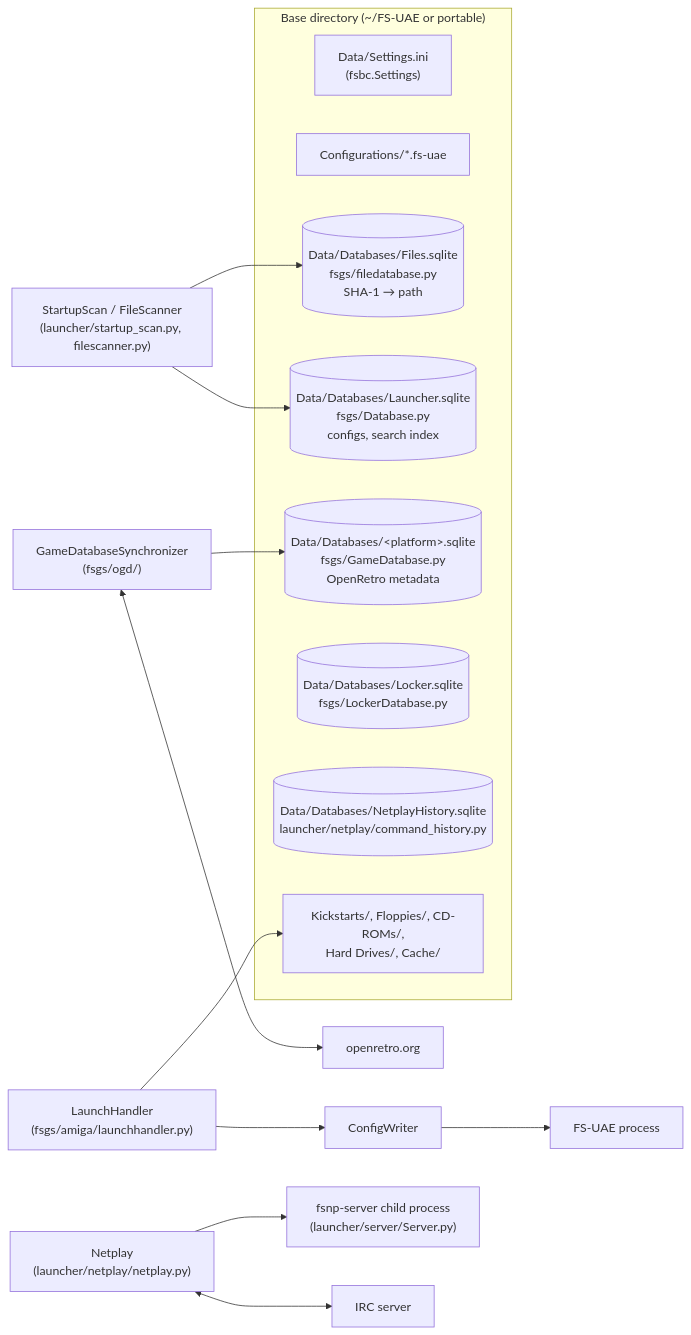
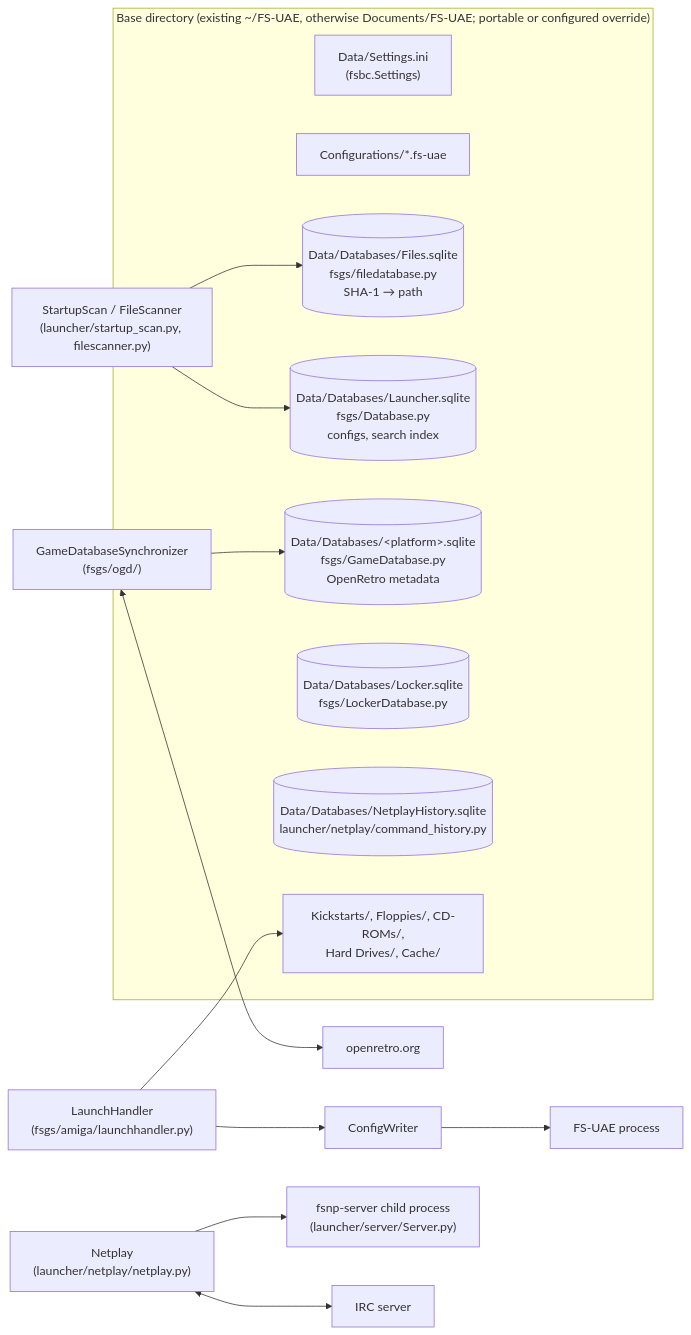
Before and after one commit to pdabel/fs-uae-launcher: the fifth of 5 diagrams in docs/architecture.md, drawn with Mermaid. The commit also changed other lines of this file, not shown here.

Commit message:
Correct architecture boundaries, startup order and test coverage

````diff
--- a/docs/architecture.md
+++ b/docs/architecture.md
@@ -161,23 +170,23 @@
 ```mermaid
 flowchart LR
-    subgraph basedir["Base directory (~/FS-UAE or portable)"]
+    subgraph basedir["Base directory (existing ~/FS-UAE, otherwise Documents/FS-UAE; portable or configured override)"]
         conf["Data/Settings.ini<br/>(fsbc.Settings)"]
         cfg["Configurations/*.fs-uae"]
         db1[("Data/Databases/Launcher.sqlite<br/>fsgs/Database.py<br/>configs, search index")]
         db2[("Data/Databases/&lt;platform&gt;.sqlite<br/>fsgs/GameDatabase.py<br/>OpenRetro metadata")]
         db3[("Data/Databases/Files.sqlite<br/>fsgs/filedatabase.py<br/>SHA-1 → path")]
         db4[("Data/Databases/Locker.sqlite<br/>fsgs/LockerDatabase.py")]
         hist[("Data/Databases/NetplayHistory.sqlite<br/>launcher/netplay/command_history.py")]
         media["Kickstarts/, Floppies/, CD-ROMs/,<br/>Hard Drives/, Cache/"]
     end
 
     scan["StartupScan / FileScanner<br/>(launcher/startup_scan.py, filescanner.py)"] --> db1
     scan --> db3
     sync["GameDatabaseSynchronizer<br/>(fsgs/ogd/)"] <--> openretro["openretro.org"]
     sync --> db2
     launch["LaunchHandler<br/>(fsgs/amiga/launchhandler.py)"] --> cfgw["ConfigWriter"]
     cfgw --> fsuae["FS-UAE process"]
     launch --> media
     np["Netplay<br/>(launcher/netplay/netplay.py)"] <--> irc["IRC server"]
     np --> fsnp["fsnp-server child process<br/>(launcher/server/Server.py)"]
 ```
````
